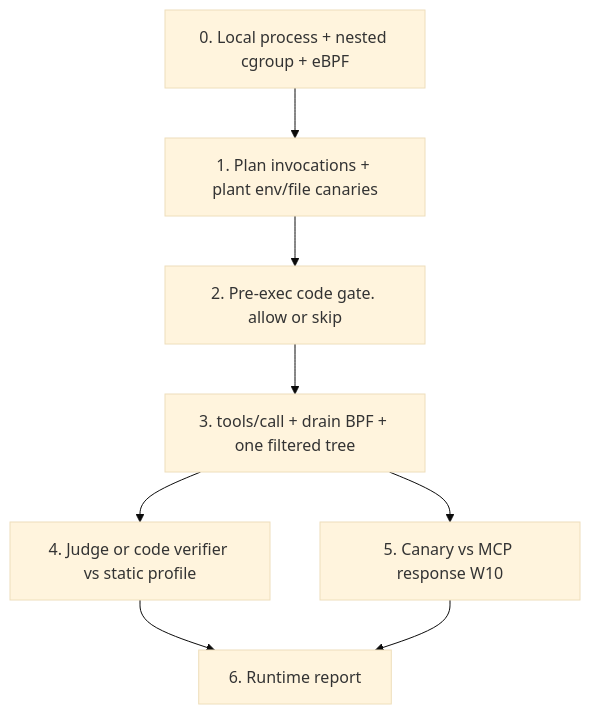
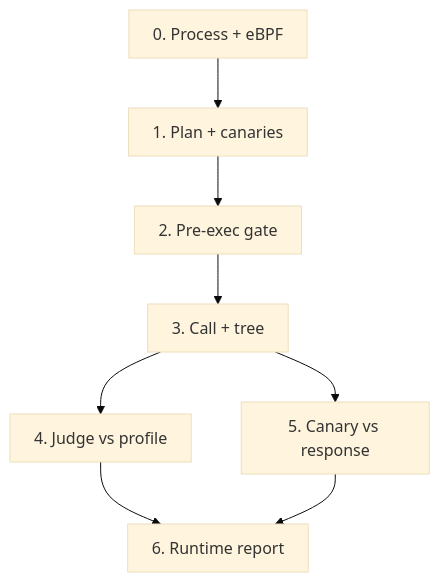
Before and after one commit to sanjayriram44/MCPAegis: the second of 2 diagrams in README.md, drawn with Mermaid (base theme). The commit also changed other lines of this file, not shown here.

Commit message:
docs: split runtime canary and report stages

````diff
--- a/README.md
+++ b/README.md
@@ -267,11 +268,12 @@
 ```mermaid
+%%{init: {"flowchart": {"htmlLabels": true, "wrappingWidth": 140, "useMaxWidth": true, "padding": 12}}}%%
 flowchart TD
-  D0["0. Local process + nested cgroup + eBPF"]
-  D0 --> D1["1. Plan invocations + plant env/file canaries"]
-  D1 --> D2["2. Pre-exec code gate. allow or skip"]
-  D2 --> D3["3. tools/call + drain BPF + one filtered tree"]
-  D3 --> D4["4. Judge or code verifier vs static profile"]
-  D3 --> D5["5. Canary vs MCP response W10"]
+  D0["0. Process + eBPF"]
+  D0 --> D1["1. Plan + canaries"]
+  D1 --> D2["2. Pre-exec gate"]
+  D2 --> D3["3. Call + tree"]
+  D3 --> D4["4. Judge vs profile"]
+  D3 --> D5["5. Canary vs response"]
   D4 --> D6["6. Runtime report"]
   D5 --> D6
 ```
````
